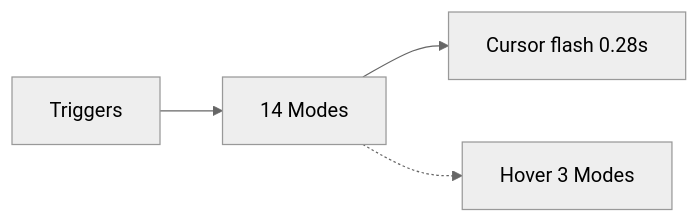
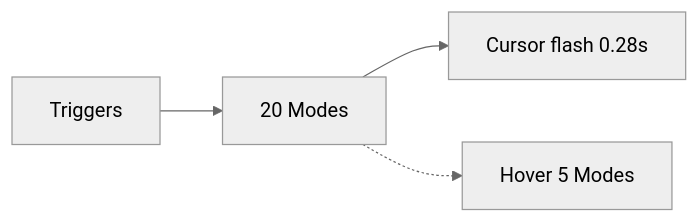
The diagram in docs/SYMBOLS.md (ShubhamJ010/mission-control-shortcuts), drawn with Mermaid (neutral theme) before and after one commit. The commit also changed other lines of this file and 2 other files, not shown here.

First line of the commit message:
refactor(model): collapse the feedback mode switches into one descriptor table

````diff
--- a/docs/SYMBOLS.md
+++ b/docs/SYMBOLS.md
@@ -129,6 +131,6 @@
 ```mermaid
 flowchart LR
-  Trig[Triggers] --> Mode[14 Modes]
+  Trig[Triggers] --> Mode[20 Modes]
   Mode --> Cursor[Cursor flash 0.28s]
-  Mode -.-> Hover[Hover 3 Modes]
+  Mode -.-> Hover[Hover 5 Modes]
 ```
````
